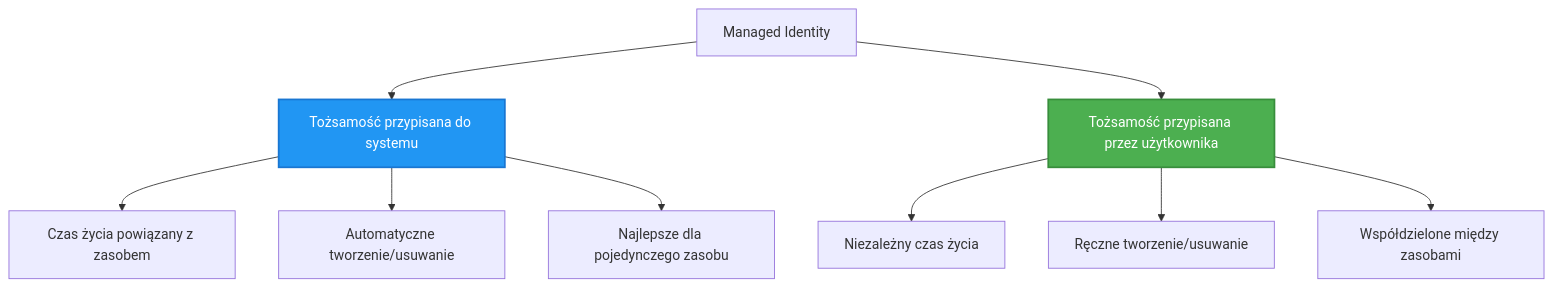
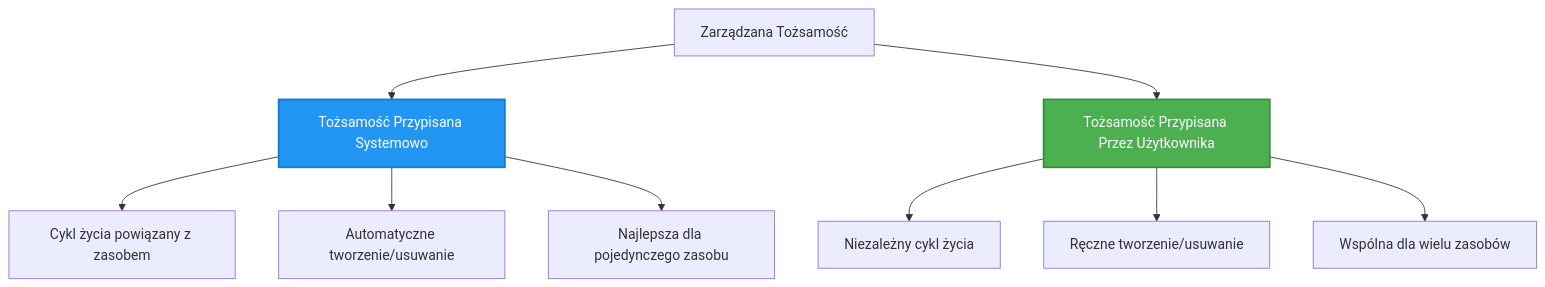
The second of 2 diagrams in translations/pl/docs/chapter-03-configuration/authsecurity.md (microsoft/AZD-for-beginners), drawn with Mermaid before and after one commit. The commit also changed other lines of this file and 104 other files, not shown here.

````diff
--- a/translations/pl/docs/chapter-03-configuration/authsecurity.md
+++ b/translations/pl/docs/chapter-03-configuration/authsecurity.md
@@ -97,20 +98,20 @@
 ```mermaid
 graph TB
-    MI[Managed Identity]
-    SystemAssigned[Tożsamość przypisana do systemu]
-    UserAssigned[Tożsamość przypisana przez użytkownika]
+    MI[Zarządzana Tożsamość]
+    SystemAssigned[Tożsamość Przypisana Systemowo]
+    UserAssigned[Tożsamość Przypisana Przez Użytkownika]
     
     MI --> SystemAssigned
     MI --> UserAssigned
     
-    SystemAssigned --> SA1[Czas życia powiązany z zasobem]
+    SystemAssigned --> SA1[Cykl życia powiązany z zasobem]
     SystemAssigned --> SA2[Automatyczne tworzenie/usuwanie]
-    SystemAssigned --> SA3[Najlepsze dla pojedynczego zasobu]
+    SystemAssigned --> SA3[Najlepsza dla pojedynczego zasobu]
     
-    UserAssigned --> UA1[Niezależny czas życia]
+    UserAssigned --> UA1[Niezależny cykl życia]
     UserAssigned --> UA2[Ręczne tworzenie/usuwanie]
-    UserAssigned --> UA3[Współdzielone między zasobami]
+    UserAssigned --> UA3[Wspólna dla wielu zasobów]
     
     style SystemAssigned fill:#2196F3,stroke:#1976D2,stroke-width:2px,color:#fff
     style UserAssigned fill:#4CAF50,stroke:#388E3C,stroke-width:2px,color:#fff
 ```
````
